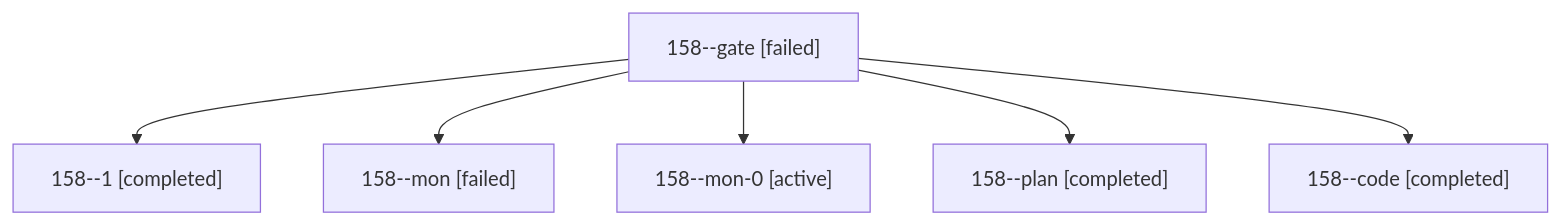
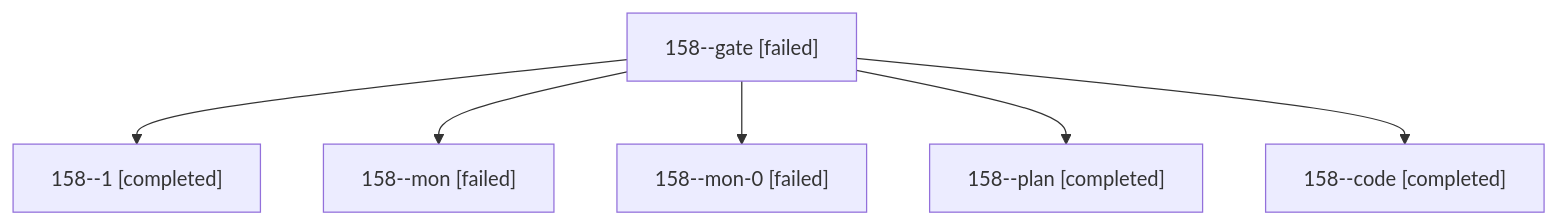
Before and after one commit to bobs-org/bob-cli--agents: the diagram in sessions/bbugyi200.athena.158.md, drawn with Mermaid. The commit also changed other lines of this file and 6 other files, not shown here.

````diff
--- a/sessions/bbugyi200.athena.158.md
+++ b/sessions/bbugyi200.athena.158.md
@@ -9,14 +9,14 @@
 ```mermaid
 flowchart TD
   n0["158--gate [failed]"]
   n1["158--1 [completed]"]
   n0 --> n1
   n2["158--mon [failed]"]
   n0 --> n2
-  n3["158--mon-0 [active]"]
+  n3["158--mon-0 [failed]"]
   n0 --> n3
   n4["158--plan [completed]"]
   n0 --> n4
   n5["158--code [completed]"]
   n0 --> n5
 ```
````
